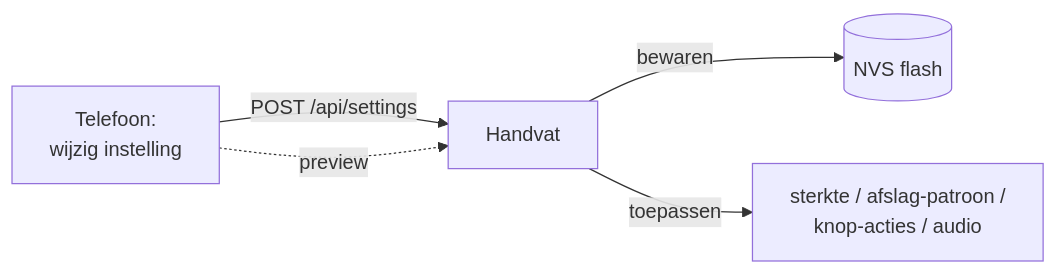
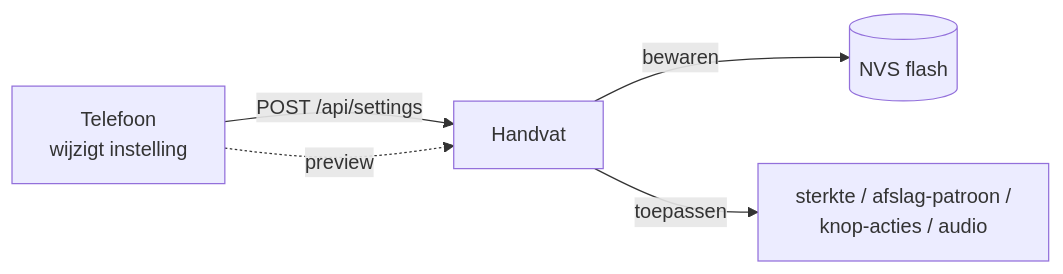
Before and after one commit to spiryns/UCD: the fifth of 5 diagrams in docs/software.md, drawn with Mermaid. The commit also changed other lines of this file and 1 other file, not shown here.

First line of the commit message:
docs: mermaid-diagrammen render-veilig maken + app-README visueel

````diff
--- a/docs/software.md
+++ b/docs/software.md
@@ -194,7 +194,7 @@
 ```mermaid
 flowchart LR
-    A[Telefoon:<br/>wijzig instelling] -->|POST /api/settings| H[Handvat]
+    A[Telefoon<br/>wijzigt instelling] -->|POST /api/settings| H[Handvat]
     H -->|bewaren| N[(NVS flash)]
     H -->|toepassen| FX[sterkte / afslag-patroon /<br/>knop-acties / audio]
     A -. preview .-> H
 ```
````
